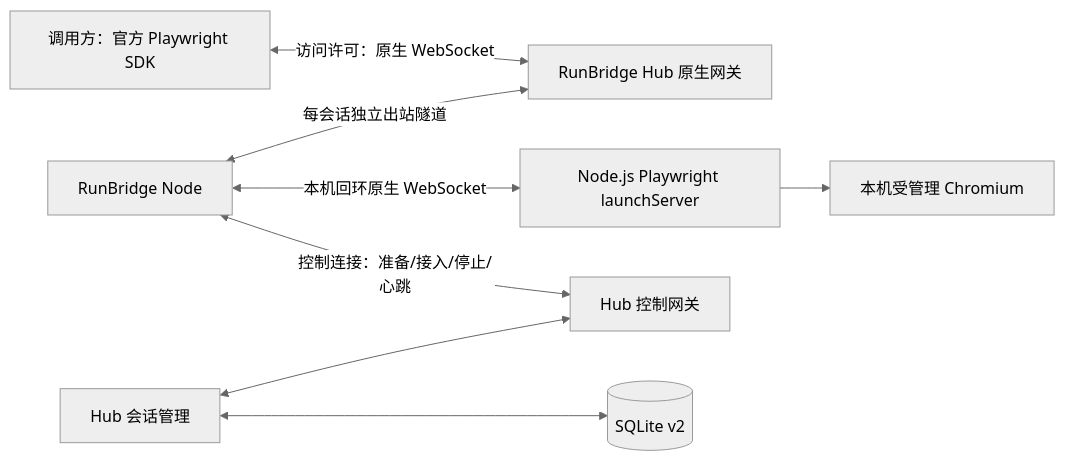
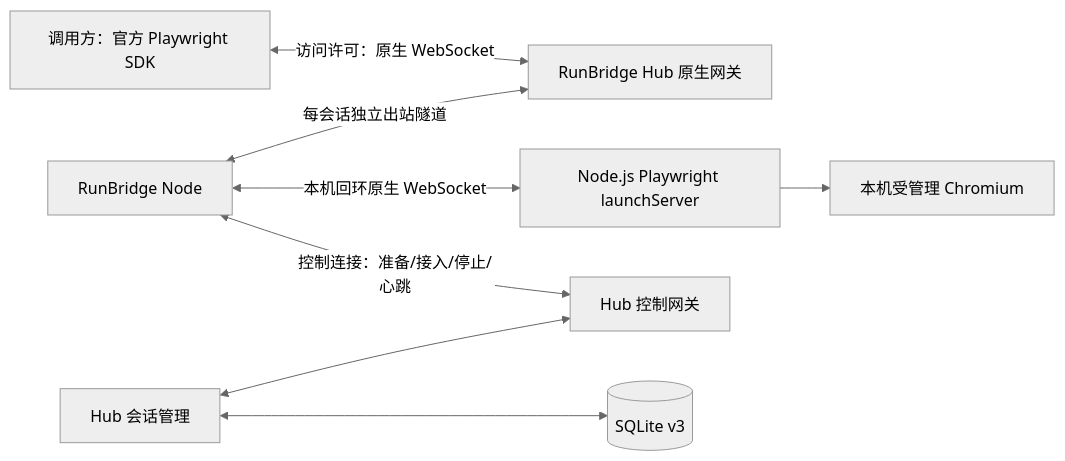
One commit to Pegasus-Yang/Run-Bridge-Node changed the diagram in doc/architecture/Playwright执行与会话管理.md. Above: the diagram before and after it, drawn with Mermaid (neutral theme). The commit also changed other lines of this file and 17 other files, not shown here.

````diff
--- a/doc/architecture/Playwright执行与会话管理.md
+++ b/doc/architecture/Playwright执行与会话管理.md
@@ -9,10 +9,10 @@
 ```mermaid
 flowchart LR
     Caller[调用方：官方 Playwright SDK] <-->|访问许可：原生 WebSocket| Hub[RunBridge Hub 原生网关]
     Node[RunBridge Node] <-->|每会话独立出站隧道| Hub
     Node <-->|本机回环原生 WebSocket| Server[Node.js Playwright launchServer]
     Server --> Browser[本机受管理 Chromium]
     Node <-->|控制连接：准备/接入/停止/心跳| Control[Hub 控制网关]
     Manager[Hub 会话管理] <--> Control
-    Manager <--> DB[(SQLite v2)]
+    Manager <--> DB[(SQLite v3)]
 ```
````
